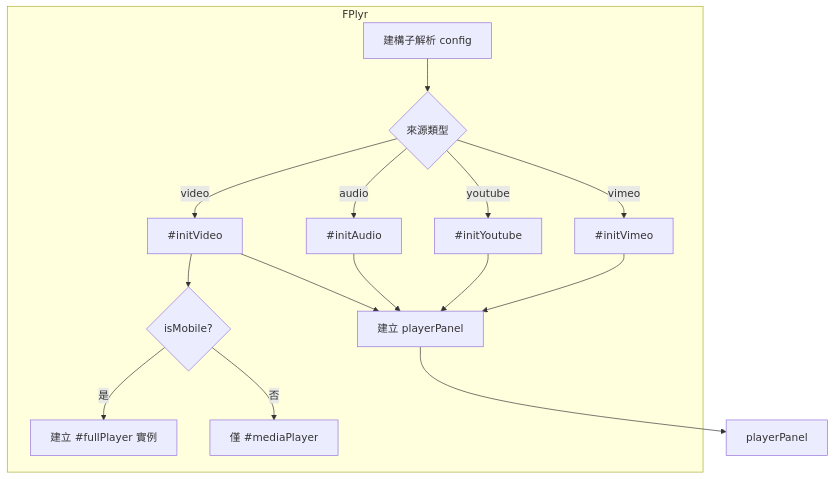
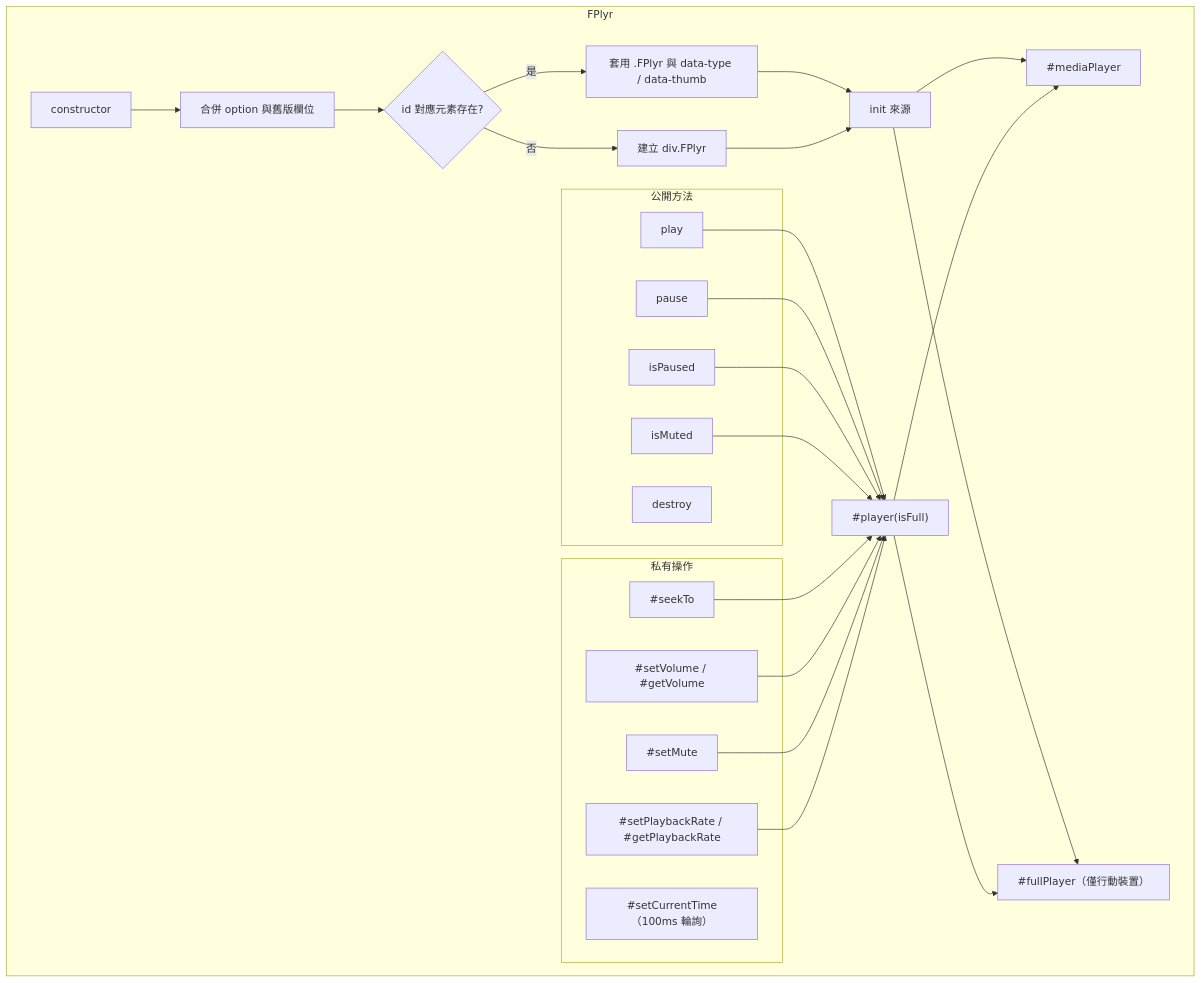
One commit to pardnchiu/FlexPlyr changed the third of 9 diagrams in doc/architecture.zh.md. Above: the diagram before and after it, drawn with Mermaid. The commit also changed other lines of this file and 7 other files, not shown here.

Commit message:
doc: Regenerate bilingual README, doc, and architecture docs from source

````diff
--- a/doc/architecture.zh.md
+++ b/doc/architecture.zh.md
@@ -26,18 +54,35 @@
 ```mermaid
 graph TB
     subgraph FPlyr
-        Config[建構子解析 config] --> Init{來源類型}
-        Init -->|video| InitVideo[#initVideo]
-        Init -->|audio| InitAudio[#initAudio]
-        Init -->|youtube| InitYoutube[#initYoutube]
-        Init -->|vimeo| InitVimeo[#initVimeo]
-        InitVideo --> Mobile{isMobile?}
-        Mobile -->|是| FullPlayer[建立 #fullPlayer 實例]
-        Mobile -->|否| MediaPlayer[僅 #mediaPlayer]
-        InitVideo --> Panel[建立 playerPanel]
-        InitAudio --> Panel
-        InitYoutube --> Panel
-        InitVimeo --> Panel
+        CTOR[constructor] --> MERGE[合併 option 與舊版欄位]
+        MERGE --> BODY{id 對應元素存在?}
+        BODY -->|是| ATTACH[套用 .FPlyr 與 data-type / data-thumb]
+        BODY -->|否| CREATE[建立 div.FPlyr]
+        ATTACH & CREATE --> INIT[init 來源]
+
+        INIT --> MP["#mediaPlayer"]
+        INIT --> FP["#fullPlayer（僅行動裝置）"]
+
+        PICK["#player(isFull)"] --> MP
+        PICK --> FP
+
+        subgraph 公開方法
+            PLAY[play]
+            PAUSE[pause]
+            ISP[isPaused]
+            ISM[isMuted]
+            DES[destroy]
+        end
+
+        subgraph 私有操作
+            SEEK["#seekTo"]
+            VOL["#setVolume / #getVolume"]
+            MUTE["#setMute"]
+            RATE["#setPlaybackRate / #getPlaybackRate"]
+            TIMER["#setCurrentTime（100ms 輪詢）"]
+        end
+
+        PLAY & PAUSE & ISP & ISM --> PICK
+        SEEK & VOL & MUTE & RATE --> PICK
     end
-    Panel --> PanelModule[playerPanel]
 ```
````
